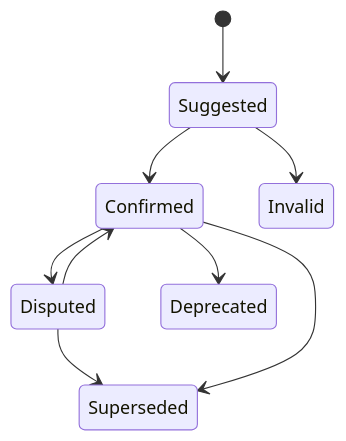
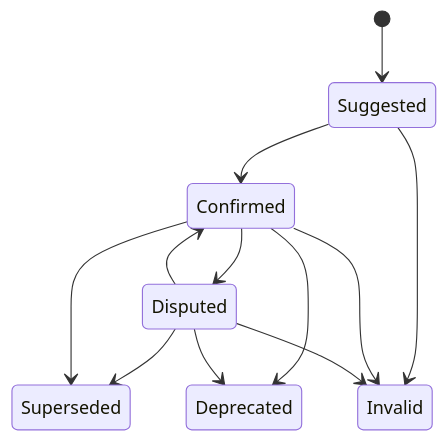
One commit to CodeZen-Lizhi/zhixu changed the fourth of 6 diagrams in docs/architecture/domain-model.md. Above: the diagram before and after it, drawn with Mermaid. The commit also changed other lines of this file and 52 other files, not shown here.

````diff
--- a/docs/architecture/domain-model.md
+++ b/docs/architecture/domain-model.md
@@ -284,11 +296,14 @@
 ```mermaid
 stateDiagram-v2
     [*] --> Suggested
     Suggested --> Confirmed
     Suggested --> Invalid
     Confirmed --> Disputed
     Disputed --> Confirmed
     Disputed --> Superseded
     Confirmed --> Superseded
     Confirmed --> Deprecated
+    Confirmed --> Invalid
+    Disputed --> Deprecated
+    Disputed --> Invalid
 ```
````
